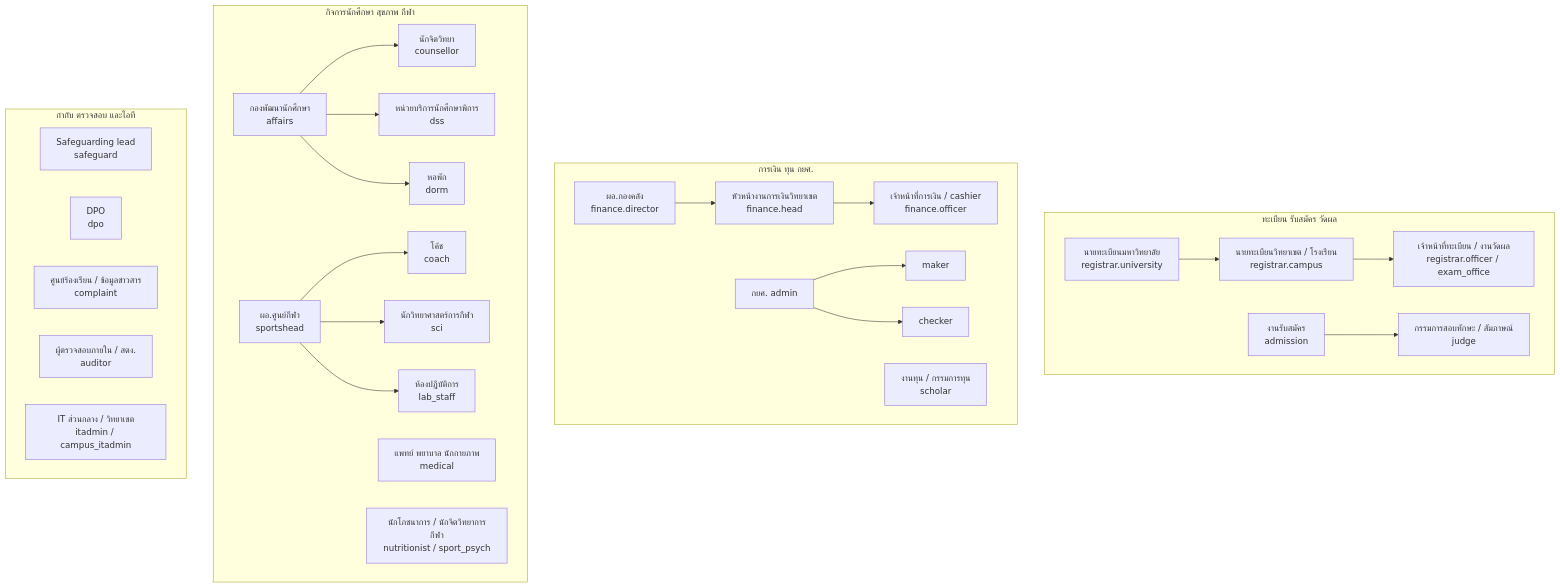
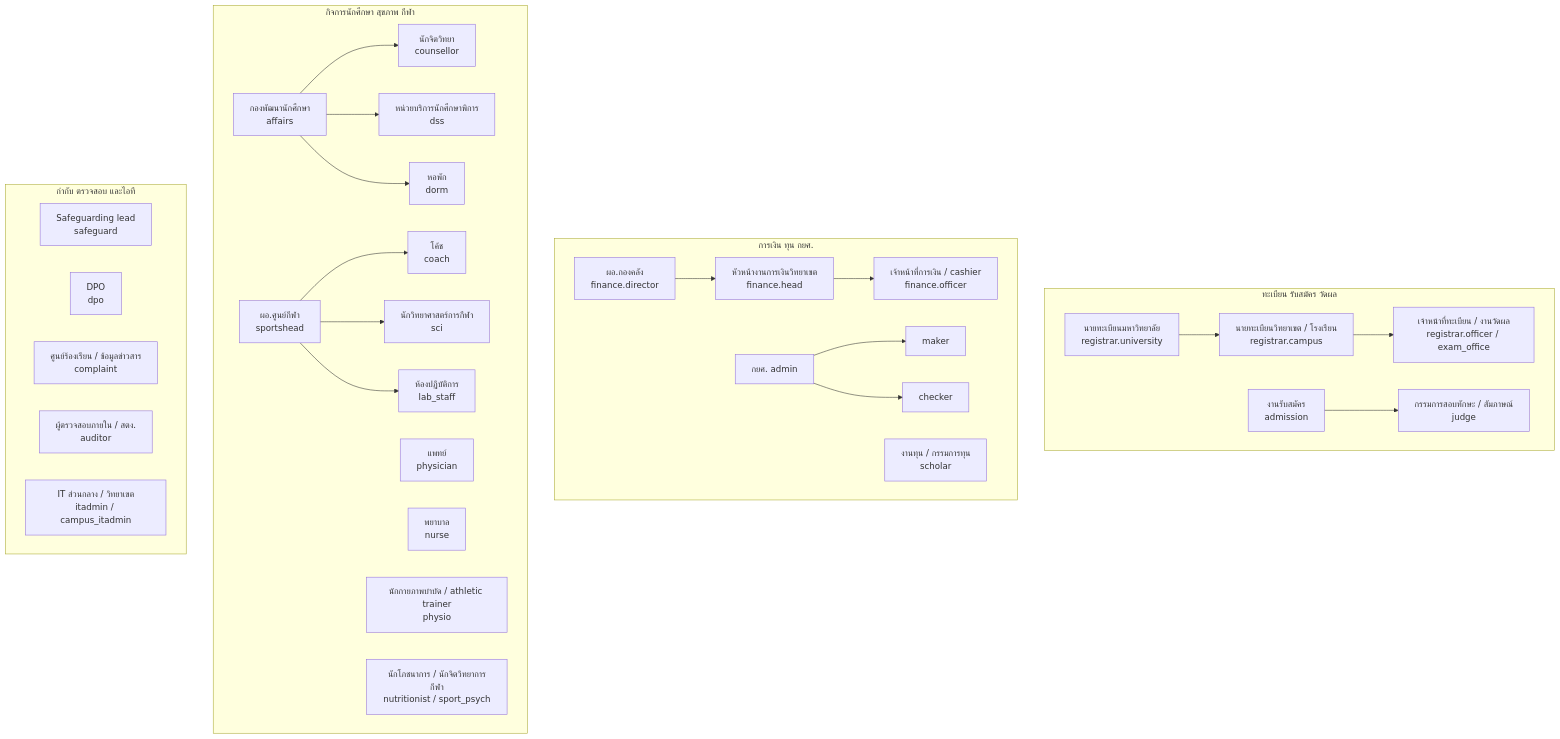
One commit to Ruttanachote/Ai changed the second of 2 diagrams in tnsu-system/docs/04-roles-permissions.md. Above: the diagram before and after it, drawn with Mermaid. The commit also changed other lines of this file and 7 other files, not shown here.

````diff
--- a/tnsu-system/docs/04-roles-permissions.md
+++ b/tnsu-system/docs/04-roles-permissions.md
@@ -62,32 +62,34 @@
 ```mermaid
 flowchart TB
   subgraph ACA["ทะเบียน รับสมัคร วัดผล"]
     R1["นายทะเบียนมหาวิทยาลัย<br/>registrar.university"] --> R2["นายทะเบียนวิทยาเขต / โรงเรียน<br/>registrar.campus"]
     R2 --> R3["เจ้าหน้าที่ทะเบียน / งานวัดผล<br/>registrar.officer / exam_office"]
     A1["งานรับสมัคร<br/>admission"] --> A2["กรรมการสอบทักษะ / สัมภาษณ์<br/>judge"]
   end
   subgraph FINL["การเงิน ทุน กยศ."]
     F1["ผอ.กองคลัง<br/>finance.director"] --> F2["หัวหน้างานการเงินวิทยาเขต<br/>finance.head"]
     F2 --> F3["เจ้าหน้าที่การเงิน / cashier<br/>finance.officer"]
     L1["กยศ. admin"] --> L2["maker"]
     L1 --> L3["checker"]
     S1["งานทุน / กรรมการทุน<br/>scholar"]
   end
   subgraph STU["กิจการนักศึกษา สุขภาพ กีฬา"]
     AF["กองพัฒนานักศึกษา<br/>affairs"] --> CN["นักจิตวิทยา<br/>counsellor"]
     AF --> DS["หน่วยบริการนักศึกษาพิการ<br/>dss"]
     AF --> DM["หอพัก<br/>dorm"]
     SP["ผอ.ศูนย์กีฬา<br/>sportshead"] --> CO["โค้ช<br/>coach"]
     SP --> SC["นักวิทยาศาสตร์การกีฬา<br/>sci"]
     SP --> LB["ห้องปฏิบัติการ<br/>lab_staff"]
-    MD["แพทย์ พยาบาล นักกายภาพ<br/>medical"]
+    MD["แพทย์<br/>physician"]
+    NS["พยาบาล<br/>nurse"]
+    PT["นักกายภาพบำบัด / athletic trainer<br/>physio"]
     NU["นักโภชนาการ / นักจิตวิทยาการกีฬา<br/>nutritionist / sport_psych"]
   end
   subgraph GOV["กำกับ ตรวจสอบ และไอที"]
     SG["Safeguarding lead<br/>safeguard"]
     DP["DPO<br/>dpo"]
     CP["ศูนย์ร้องเรียน / ข้อมูลข่าวสาร<br/>complaint"]
     AU["ผู้ตรวจสอบภายใน / สตง.<br/>auditor"]
     IT["IT ส่วนกลาง / วิทยาเขต<br/>itadmin / campus_itadmin"]
   end
 ```
````
